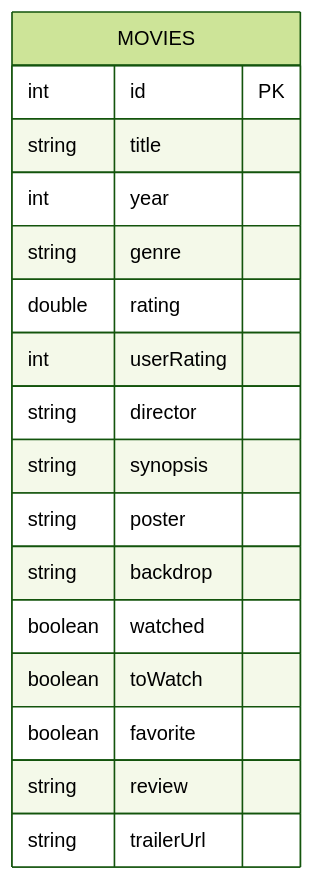
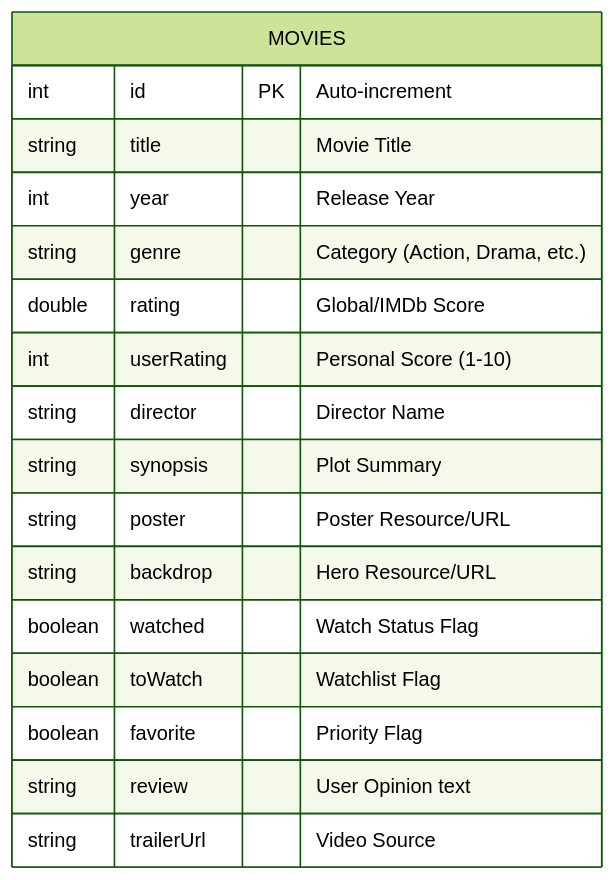
One commit to patrykspace/Cine-log changed the second of 2 diagrams in README.md. Above: the diagram before and after it, drawn with Mermaid (forest theme). The commit also changed other lines of this file and 10 other files, not shown here.

````diff
--- a/README.md
+++ b/README.md
@@ -95,20 +87,20 @@
 ```mermaid
 erDiagram
     MOVIES {
-        int id PK
-        string title
-        int year
-        string genre
-        double rating
-        int userRating
-        string director
-        string synopsis
-        string poster
-        string backdrop
-        boolean watched
-        boolean toWatch
-        boolean favorite
-        string review
-        string trailerUrl
+        int id PK "Auto-increment"
+        string title "Movie Title"
+        int year "Release Year"
+        string genre "Category (Action, Drama, etc.)"
+        double rating "Global/IMDb Score"
+        int userRating "Personal Score (1-10)"
+        string director "Director Name"
+        string synopsis "Plot Summary"
+        string poster "Poster Resource/URL"
+        string backdrop "Hero Resource/URL"
+        boolean watched "Watch Status Flag"
+        boolean toWatch "Watchlist Flag"
+        boolean favorite "Priority Flag"
+        string review "User Opinion text"
+        string trailerUrl "Video Source"
     }
 ```
````
